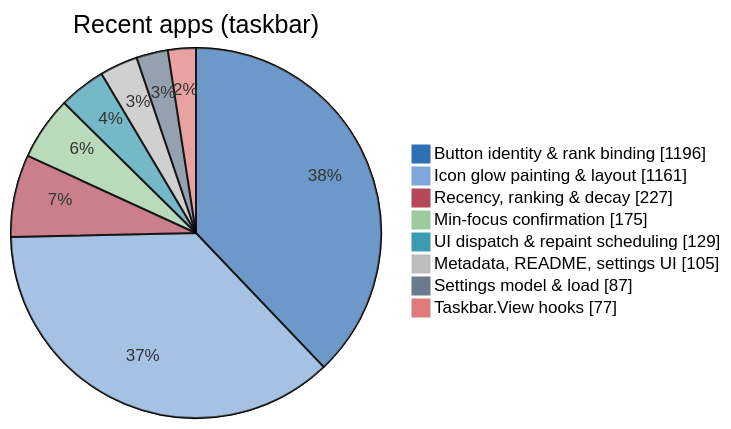
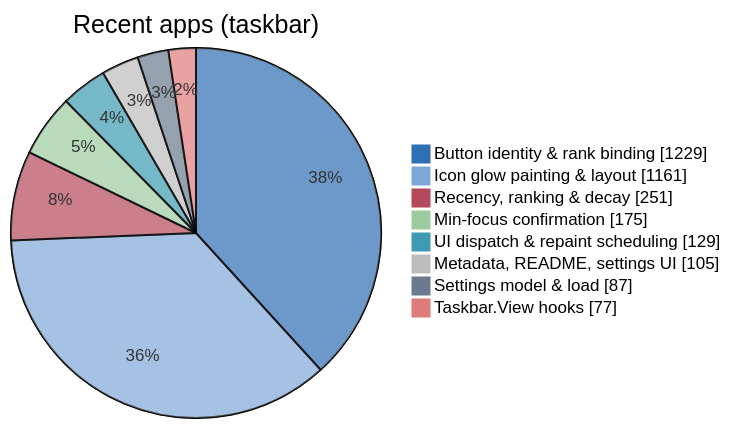
Before and after one commit to jvlasek/taskbar-recent-focus-highlight: the third of 5 diagrams in doc/code/code-breakdown.md, drawn with Mermaid. The commit also changed other lines of this file and 13 other files, not shown here.

````diff
--- a/doc/code/code-breakdown.md
+++ b/doc/code/code-breakdown.md
@@ -119,12 +119,12 @@
 ```mermaid
 %%{init: {"themeVariables": {"pie1": "#2F6FB3", "pie2": "#7FA7D9", "pie3": "#B5495B", "pie4": "#9CCB9F", "pie5": "#3C9BB0", "pie6": "#BDBDBD", "pie7": "#6B7A8F", "pie8": "#E07B7B", "pieOuterStrokeWidth": "1px"}}}%%
 pie showData title Recent apps (taskbar)
-    "Button identity & rank binding" : 1196
+    "Button identity & rank binding" : 1229
     "Icon glow painting & layout" : 1161
-    "Recency, ranking & decay" : 227
+    "Recency, ranking & decay" : 251
     "Min-focus confirmation" : 175
     "UI dispatch & repaint scheduling" : 129
     "Metadata, README, settings UI" : 105
     "Settings model & load" : 87
     "Taskbar.View hooks" : 77
 ```
````
